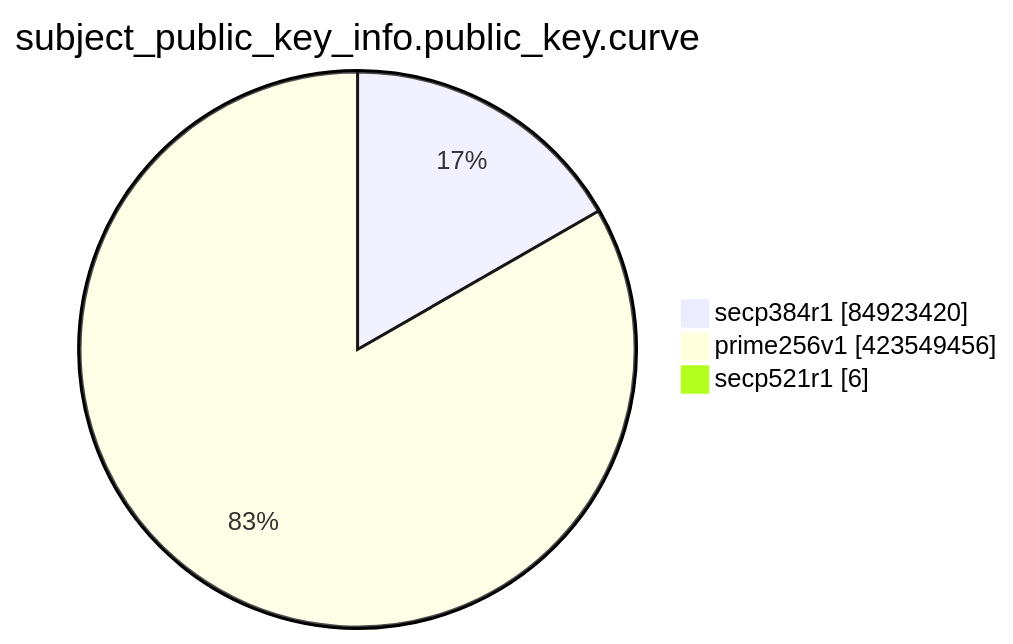
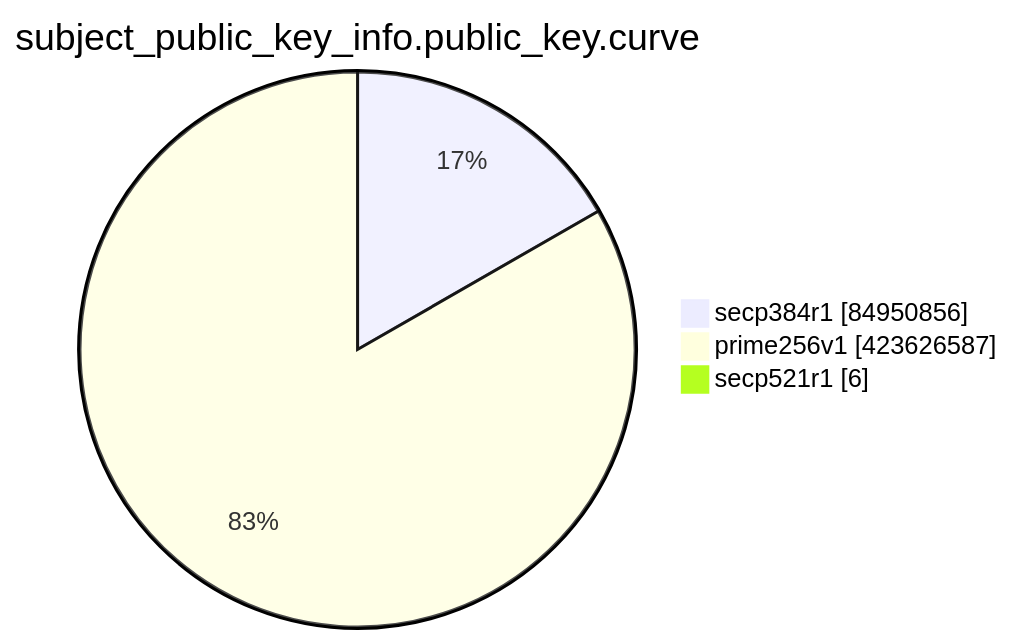
The eighth of 15 diagrams in TOTAL/README.md (christiankrug/ctmonitor_visualization), drawn with Mermaid before and after one commit. The commit also changed other lines of this file, not shown here.

````diff
--- a/TOTAL/README.md
+++ b/TOTAL/README.md
@@ -3099,7 +3099,7 @@
 ```mermaid
 pie showData
 title subject_public_key_info.public_key.curve
-"secp384r1" :84923420
-"prime256v1" :423549456
+"secp384r1" :84950856
+"prime256v1" :423626587
 "secp521r1" :6
 ```
````
